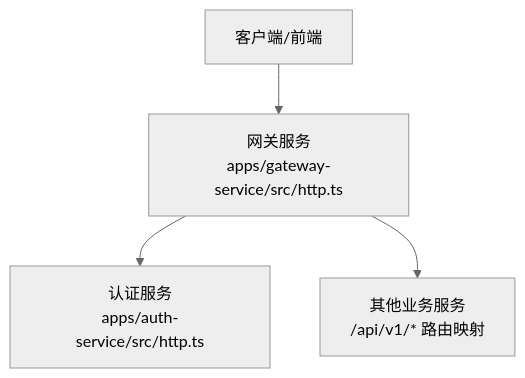
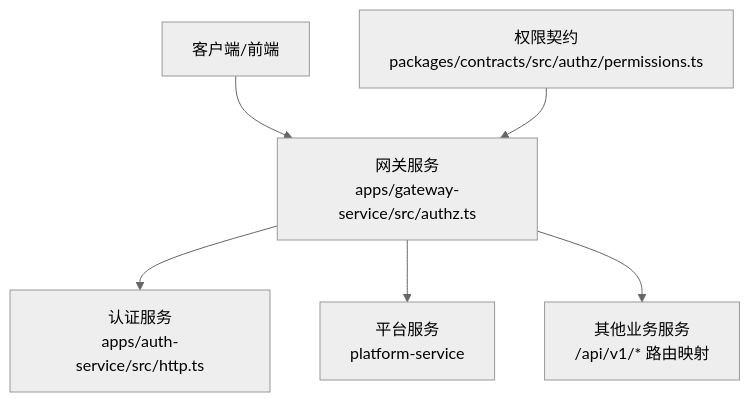
The first of 5 diagrams in .qoder/repowiki/zh/content/架构设计/安全架构.md (q446328246/agri-platform), drawn with Mermaid (neutral theme) before and after one commit. The commit also changed other lines of this file and 84 other files, not shown here.

````diff
--- a/.qoder/repowiki/zh/content/架构设计/安全架构.md
+++ b/.qoder/repowiki/zh/content/架构设计/安全架构.md
@@ -32,6 +42,8 @@
 ```mermaid
 graph TB
-Client["客户端/前端"] --> Gateway["网关服务<br/>apps/gateway-service/src/http.ts"]
+Client["客户端/前端"] --> Gateway["网关服务<br/>apps/gateway-service/src/authz.ts"]
 Gateway --> AuthSrv["认证服务<br/>apps/auth-service/src/http.ts"]
+Gateway --> PlatformSrv["平台服务<br/>platform-service"]
 Gateway --> OtherSvcs["其他业务服务<br/>/api/v1/* 路由映射"]
+Contracts["权限契约<br/>packages/contracts/src/authz/permissions.ts"] --> Gateway
 ```
````
